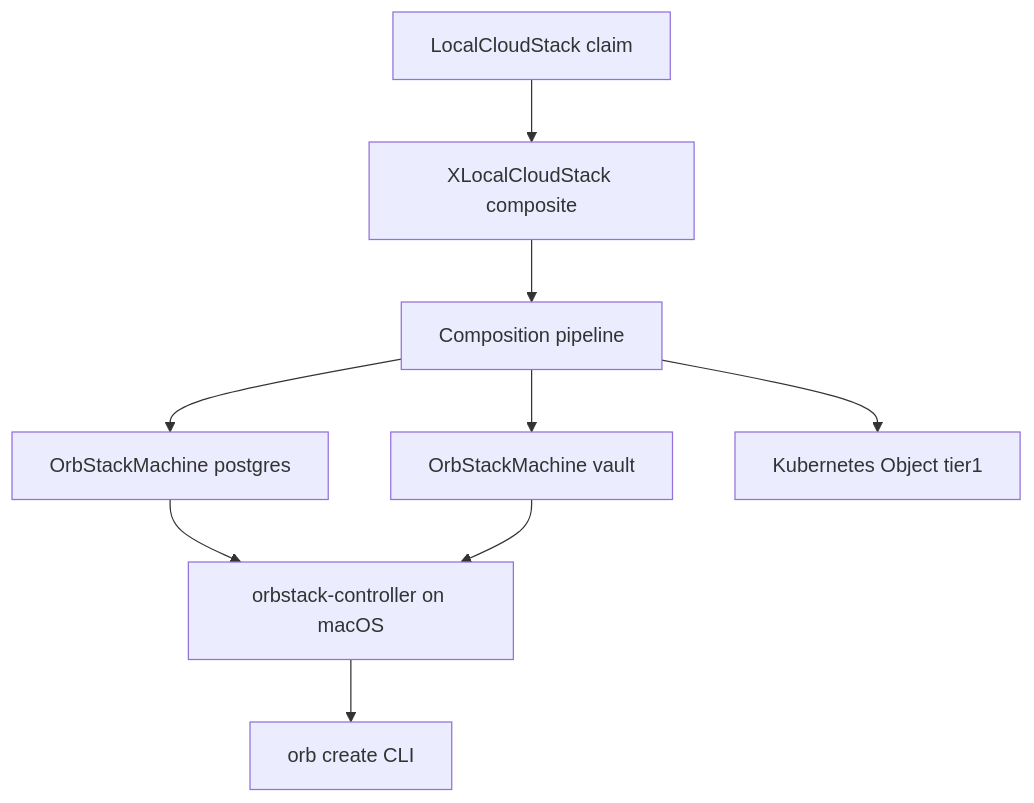
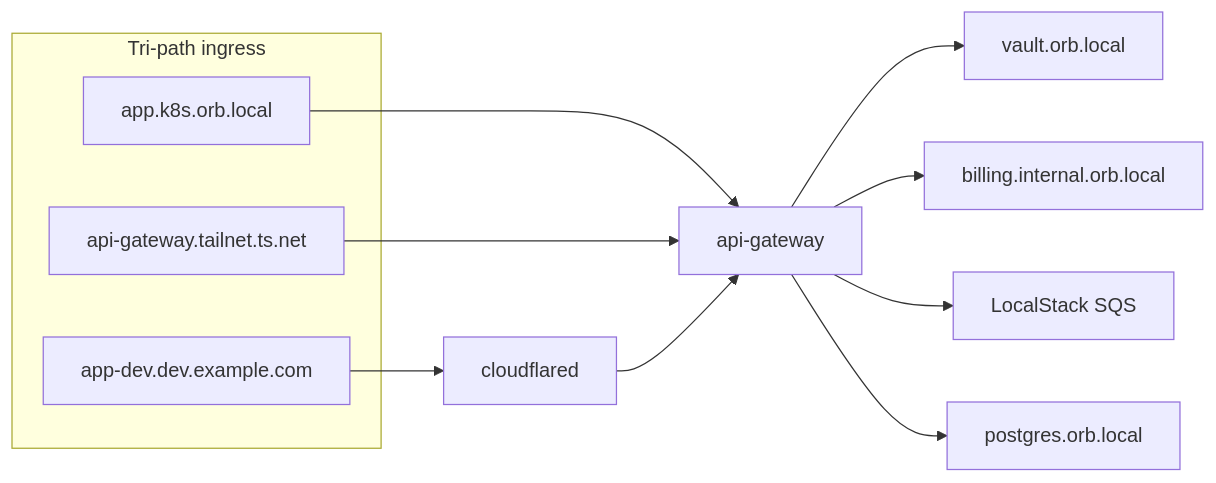
One commit to lornu-ai/orb-stack-cloud changed the diagram in docs/CROSSPLANE.md. Above: the diagram before and after it, drawn with Mermaid. The commit also changed other lines of this file and 13 other files, not shown here.

````diff
--- a/docs/CROSSPLANE.md
+++ b/docs/CROSSPLANE.md
@@ -39,17 +57,16 @@
 ```mermaid
-flowchart TB
-  Claim[LocalCloudStack claim]
-  XR[XLocalCloudStack composite]
-  Comp[Composition pipeline]
-  M1[OrbStackMachine postgres]
-  M2[OrbStackMachine vault]
-  K8s[Kubernetes Object tier1]
-  Ctrl[orbstack-controller on macOS]
-  Claim --> XR --> Comp
-  Comp --> M1
-  Comp --> M2
-  Comp --> K8s
-  M1 --> Ctrl
-  M2 --> Ctrl
-  Ctrl --> Orb[orb create CLI]
+flowchart LR
+  subgraph ingress [Tri-path ingress]
+    L[app.k8s.orb.local]
+    T[api-gateway.tailnet.ts.net]
+    C[app-dev.dev.example.com]
+  end
+  GW[api-gateway]
+  L --> GW
+  T --> GW
+  C --> cloudflared --> GW
+  GW --> vault[vault.orb.local]
+  GW --> bill[billing.internal.orb.local]
+  GW --> sqs[LocalStack SQS]
+  GW --> pg[postgres.orb.local]
 ```
````
